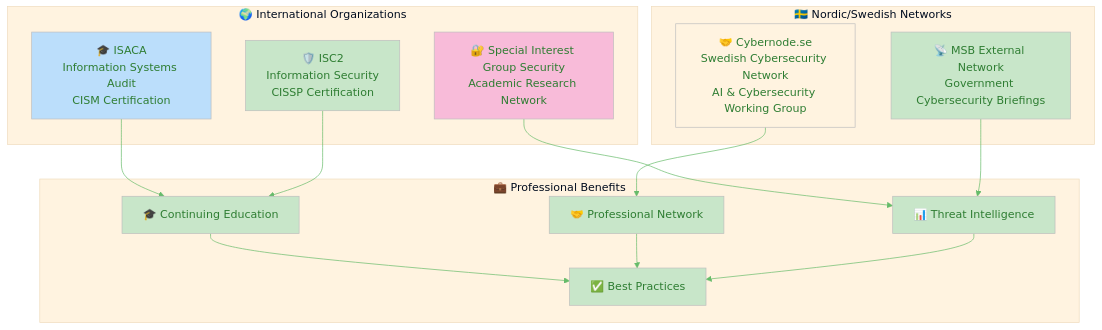
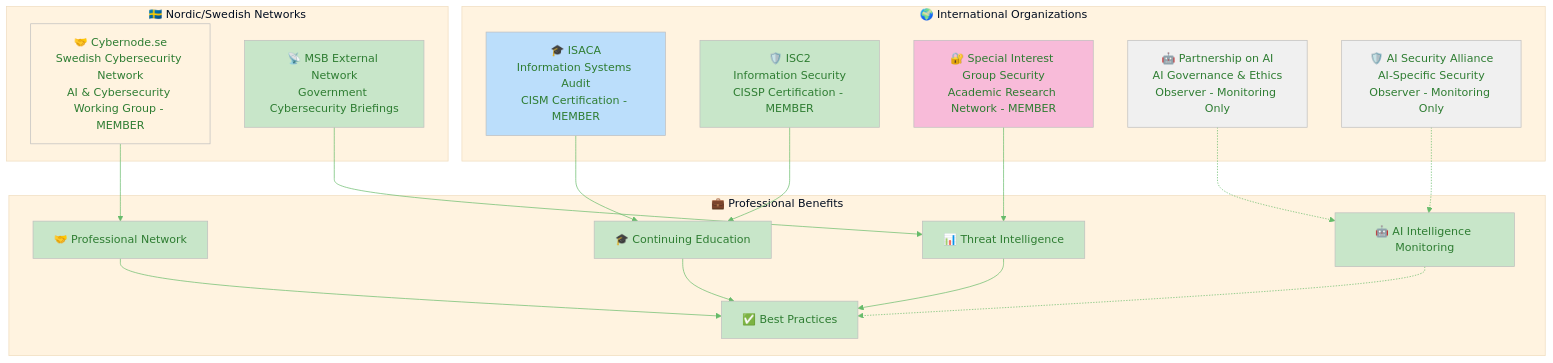
Before and after one commit to Hack23/ISMS-PUBLIC: the second of 4 diagrams in External_Stakeholder_Registry.md, drawn with Mermaid. The commit also changed other lines of this file, not shown here.

````diff
--- a/External_Stakeholder_Registry.md
+++ b/External_Stakeholder_Registry.md
@@ -195,47 +269,55 @@
 ```mermaid
 %%{
   init: {
     'theme': 'base',
     'themeVariables': {
       'primaryColor': '#c8e6c9',
       'primaryTextColor': '#2e7d32',
       'lineColor': '#66bb6a',
       'secondaryColor': '#e3f2fd',
       'tertiaryColor': '#fff3e0'
     }
   }
 }%%
 graph TD
     subgraph INTL["🌍 International Organizations"]
-        ISACA[🎓 ISACA<br/>Information Systems Audit<br/>CISM Certification]
-        ISC2[🛡️ ISC2<br/>Information Security<br/>CISSP Certification]
-        SIGSEC[🔐 Special Interest Group Security<br/>Academic Research Network]
+        ISACA[🎓 ISACA<br/>Information Systems Audit<br/>CISM Certification - MEMBER]
+        ISC2[🛡️ ISC2<br/>Information Security<br/>CISSP Certification - MEMBER]
+        SIGSEC[🔐 Special Interest Group Security<br/>Academic Research Network - MEMBER]
+        PAI[🤖 Partnership on AI<br/>AI Governance & Ethics<br/>Observer - Monitoring Only]
+        AI_SEC[🛡️ AI Security Alliance<br/>AI-Specific Security<br/>Observer - Monitoring Only]
     end
     
     subgraph NORDIC["🇸🇪 Nordic/Swedish Networks"]
-        CYBERNODE[🤝 Cybernode.se<br/>Swedish Cybersecurity Network<br/>AI & Cybersecurity Working Group]
+        CYBERNODE[🤝 Cybernode.se<br/>Swedish Cybersecurity Network<br/>AI & Cybersecurity Working Group - MEMBER]
         MSB_NET[📡 MSB External Network<br/>Government Cybersecurity Briefings]
     end
     
     subgraph BENEFITS["💼 Professional Benefits"]
         EDUCATION[🎓 Continuing Education]
         NETWORKING[🤝 Professional Network]
         INTELLIGENCE[📊 Threat Intelligence]
         COMPLIANCE[✅ Best Practices]
+        AI_MONITORING[🤖 AI Intelligence Monitoring]
     end
     
     ISACA --> EDUCATION
     ISC2 --> EDUCATION
     SIGSEC --> INTELLIGENCE
     CYBERNODE --> NETWORKING
     MSB_NET --> INTELLIGENCE
+    PAI -.-> AI_MONITORING
+    AI_SEC -.-> AI_MONITORING
     
     EDUCATION --> COMPLIANCE
     NETWORKING --> COMPLIANCE
     INTELLIGENCE --> COMPLIANCE
+    AI_MONITORING -.-> COMPLIANCE
     
     style ISACA fill:#bbdefb
     style ISC2 fill:#c8e6c9
     style CYBERNODE fill:#fff3e0
     style SIGSEC fill:#f8bbd9
+    style PAI fill:#f0f0f0
+    style AI_SEC fill:#f0f0f0
 ```
````
